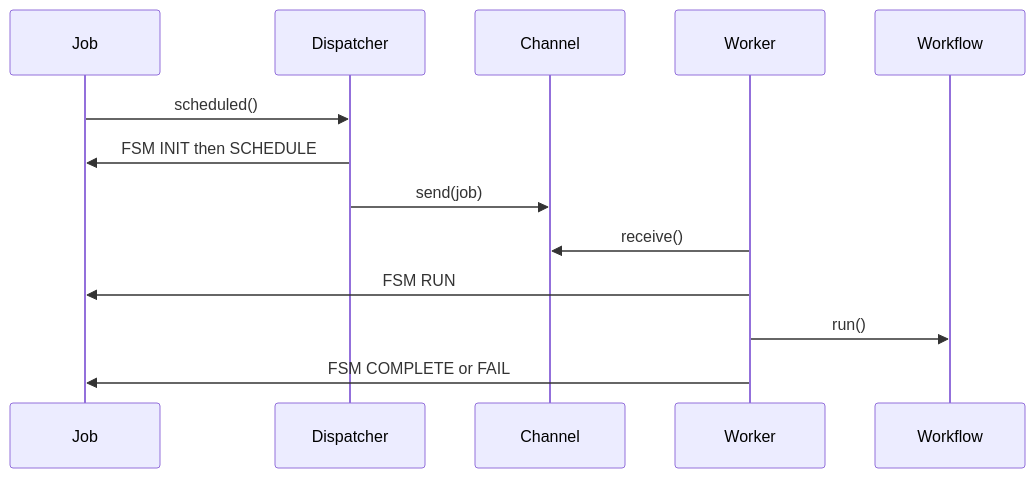
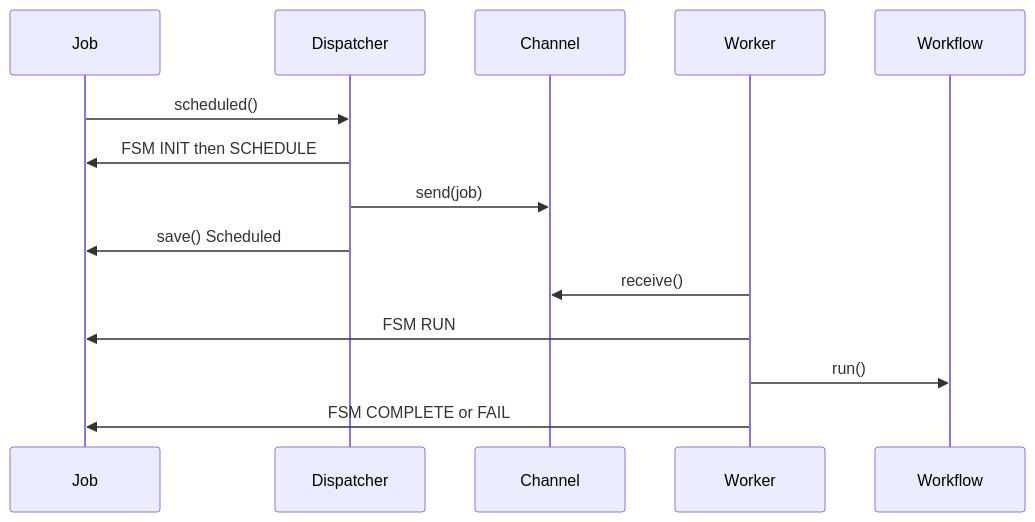
One commit to jovijovi/pypepper changed the second of 2 diagrams in docs/architecture.md. Above: the diagram before and after it, drawn with Mermaid. The commit also changed other lines of this file and 47 other files, not shown here.

````diff
--- a/docs/architecture.md
+++ b/docs/architecture.md
@@ -64,16 +66,17 @@
 ```mermaid
 sequenceDiagram
   participant Job
   participant Dispatcher
   participant Channel
   participant Worker
   participant Workflow
 
   Job->>Dispatcher: scheduled()
   Dispatcher->>Job: FSM INIT then SCHEDULE
   Dispatcher->>Channel: send(job)
+  Dispatcher->>Job: save() Scheduled
   Worker->>Channel: receive()
   Worker->>Job: FSM RUN
   Worker->>Workflow: run()
   Worker->>Job: FSM COMPLETE or FAIL
 ```
````
